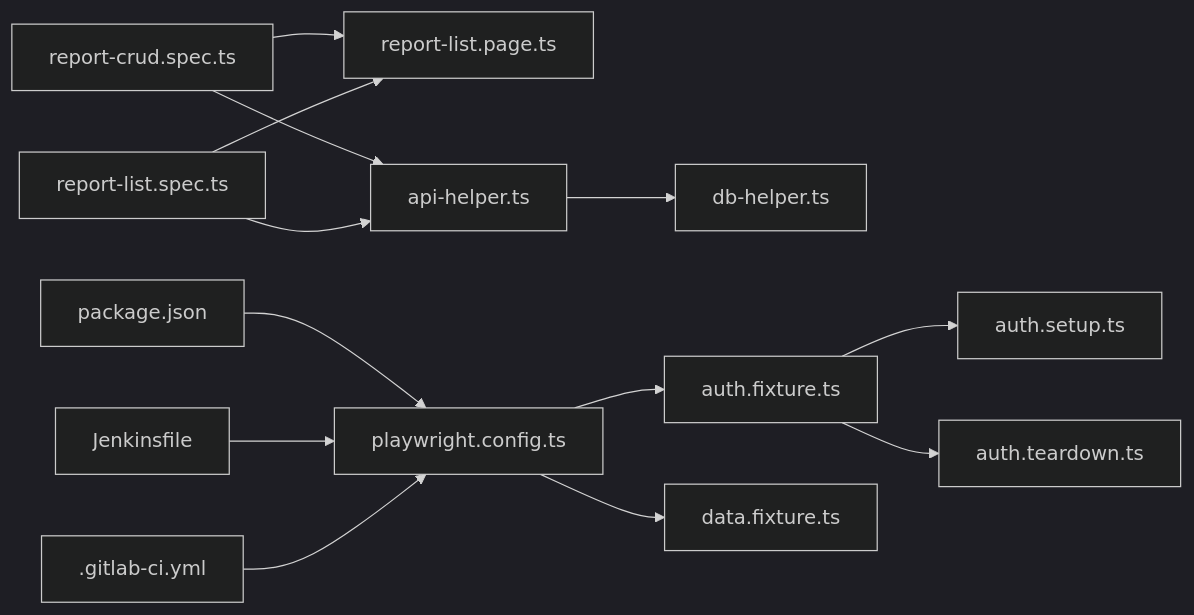
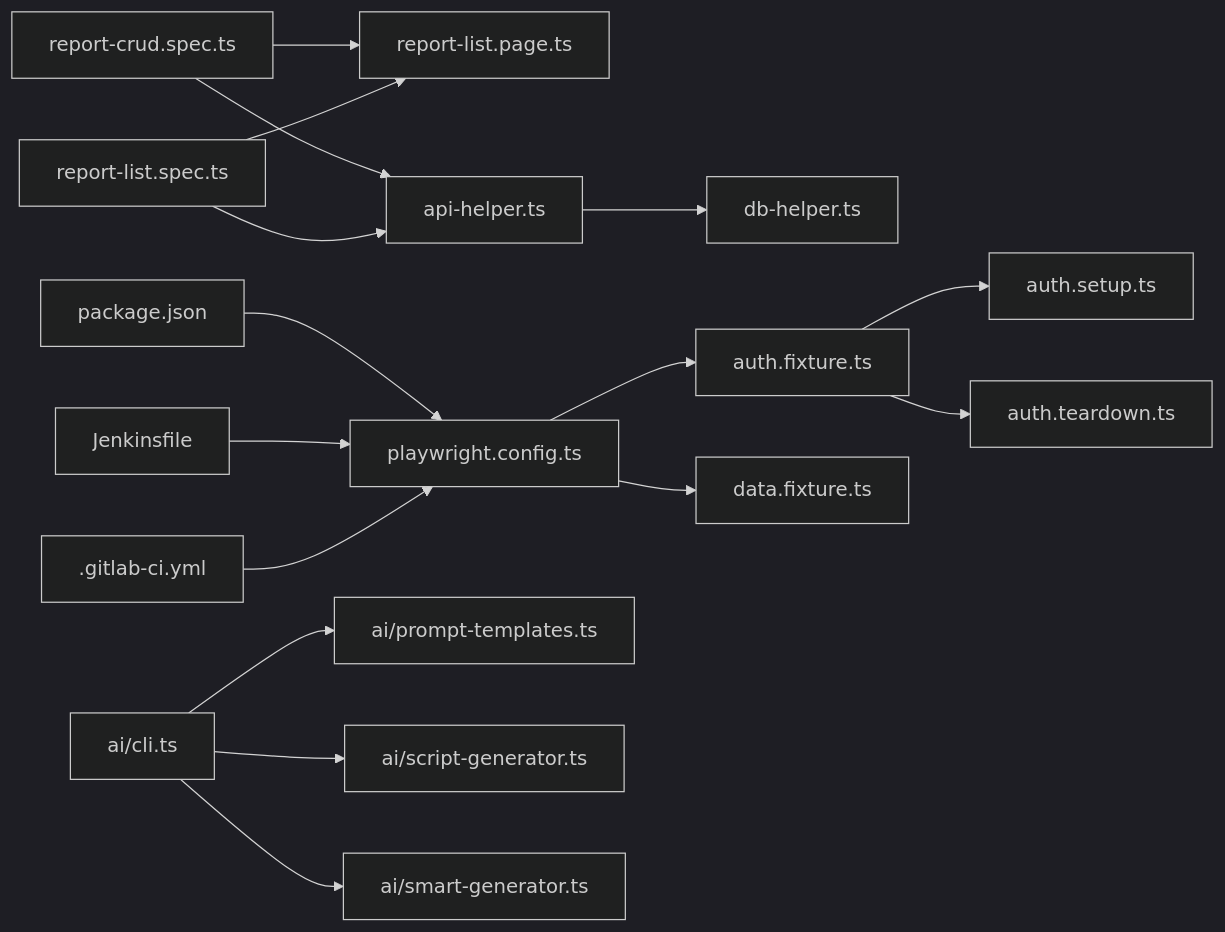
The fifth of 5 diagrams in .qoder/repowiki/zh/content/测试数据管理/测试数据操作.md (zzgoviziwind/--playwright), drawn with Mermaid (dark theme) before and after one commit. The commit also changed other lines of this file and 112 other files, not shown here.

````diff
--- a/.qoder/repowiki/zh/content/测试数据管理/测试数据操作.md
+++ b/.qoder/repowiki/zh/content/测试数据管理/测试数据操作.md
@@ -356,15 +408,18 @@
 ```mermaid
 graph LR
 RC["report-crud.spec.ts"] --> RL["report-list.page.ts"]
 RC --> AH["api-helper.ts"]
 RS["report-list.spec.ts"] --> RL
 RS --> AH
 AH --> DH["db-helper.ts"]
 PC["playwright.config.ts"] --> AF["auth.fixture.ts"]
 PC --> DF["data.fixture.ts"]
 AF --> AS["auth.setup.ts"]
 AF --> AT["auth.teardown.ts"]
 PKG["package.json"] --> PC
 JF["Jenkinsfile"] --> PC
 GC[".gitlab-ci.yml"] --> PC
+AICLI["ai/cli.ts"] --> AIPROMPT["ai/prompt-templates.ts"]
+AICLI --> AIGEN["ai/script-generator.ts"]
+AICLI --> AIMODIFY["ai/smart-generator.ts"]
 ```
````
